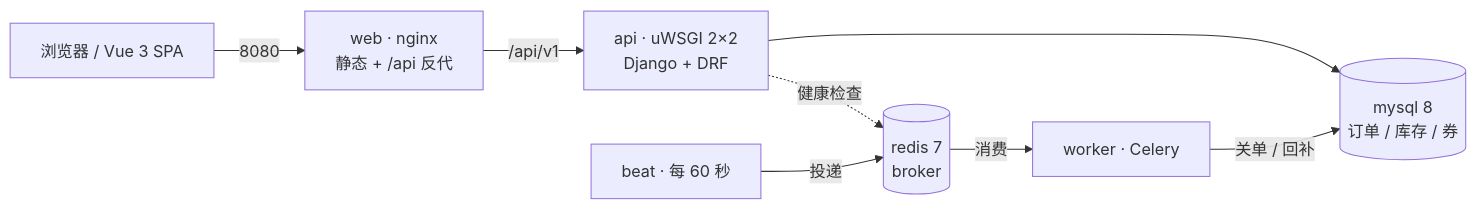
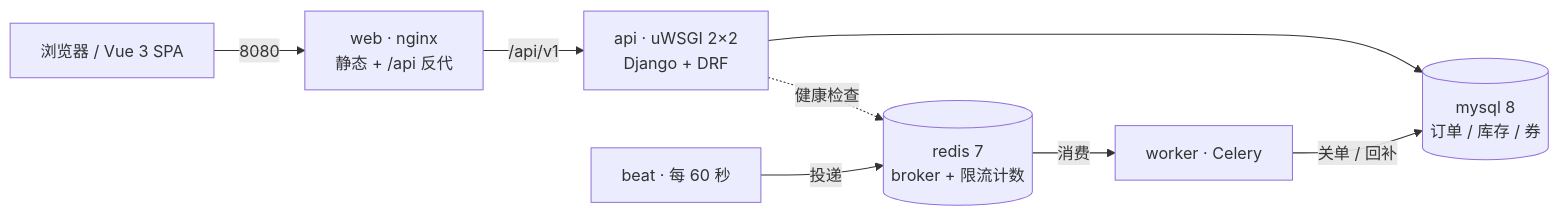
Before and after one commit to ColdZeda/commerce-core: the first of 4 diagrams in README.md, drawn with Mermaid. The commit also changed other lines of this file and 3 other files, not shown here.

````diff
--- a/README.md
+++ b/README.md
@@ -77,10 +94,10 @@
 ```mermaid
 flowchart LR
   U["浏览器 / Vue 3 SPA"] -->|8080| N["web · nginx<br/>静态 + /api 反代"]
   N -->|/api/v1| A["api · uWSGI 2×2<br/>Django + DRF"]
   A --> MY[("mysql 8<br/>订单 / 库存 / 券")]
-  A -.->|健康检查| RD[("redis 7<br/>broker")]
+  A -.->|健康检查| RD[("redis 7<br/>broker + 限流计数")]
   BT["beat · 每 60 秒"] -->|投递| RD
   RD -->|消费| W["worker · Celery"]
   W -->|关单 / 回补| MY
 ```
````
